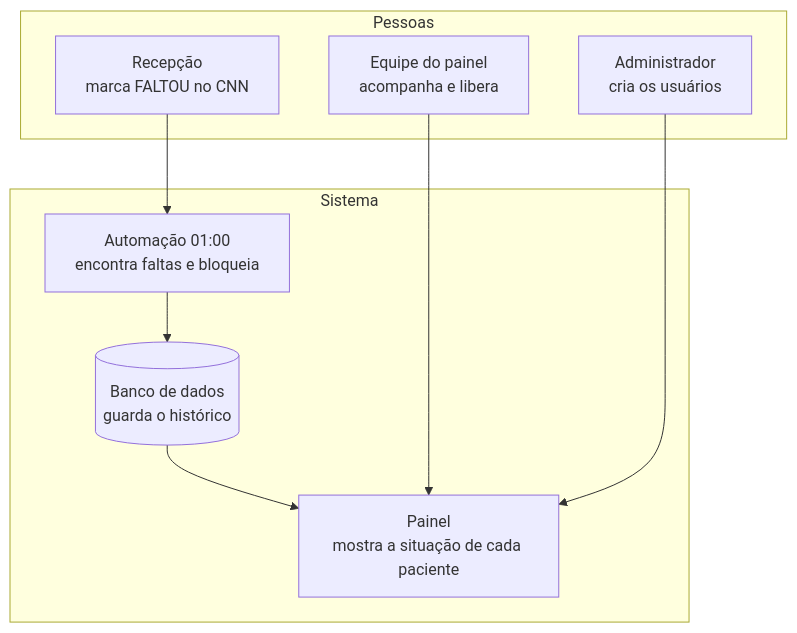
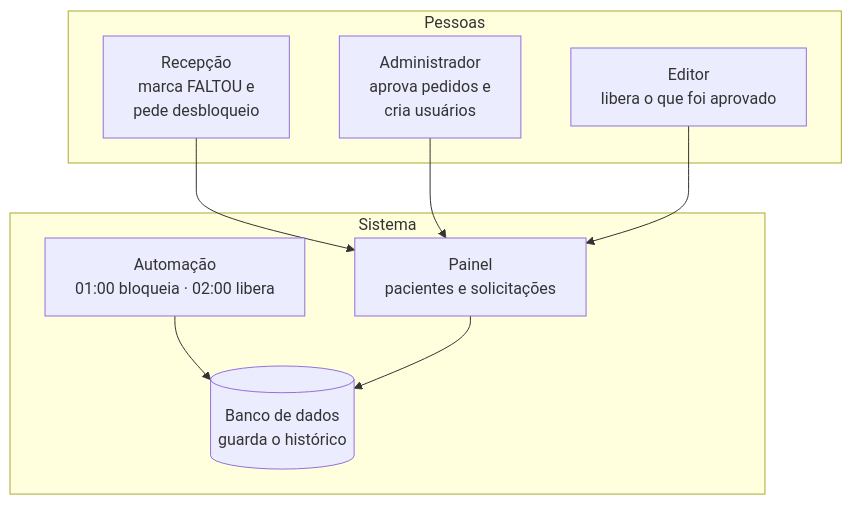
One commit to clariens/painel-integracao-desbloqueio-CNN-web changed the second of 3 diagrams in docs/visao-geral.md. Above: the diagram before and after it, drawn with Mermaid. The commit also changed other lines of this file and 91 other files, not shown here.

First line of the commit message:
Solicitações de desbloqueio e liberação automática após o prazo

````diff
--- a/docs/visao-geral.md
+++ b/docs/visao-geral.md
@@ -47,18 +54,18 @@
 ```mermaid
 flowchart TB
     subgraph Pessoas
-        R["Recepção<br/>marca FALTOU no CNN"]
-        E["Equipe do painel<br/>acompanha e libera"]
-        AD["Administrador<br/>cria os usuários"]
+        R["Recepção<br/>marca FALTOU e<br/>pede desbloqueio"]
+        AD["Administrador<br/>aprova pedidos e<br/>cria usuários"]
+        E["Editor<br/>libera o que foi aprovado"]
     end
     subgraph Sistema
-        AUT["Automação 01:00<br/>encontra faltas e bloqueia"]
-        P["Painel<br/>mostra a situação de cada paciente"]
+        AUT["Automação<br/>01:00 bloqueia · 02:00 libera"]
+        P["Painel<br/>pacientes e solicitações"]
         BD[("Banco de dados<br/>guarda o histórico")]
     end
-    R --> AUT
+    R --> P
+    AD --> P
+    E --> P
     AUT --> BD
-    BD --> P
-    E --> P
-    AD --> P
+    P --> BD
 ```
````
